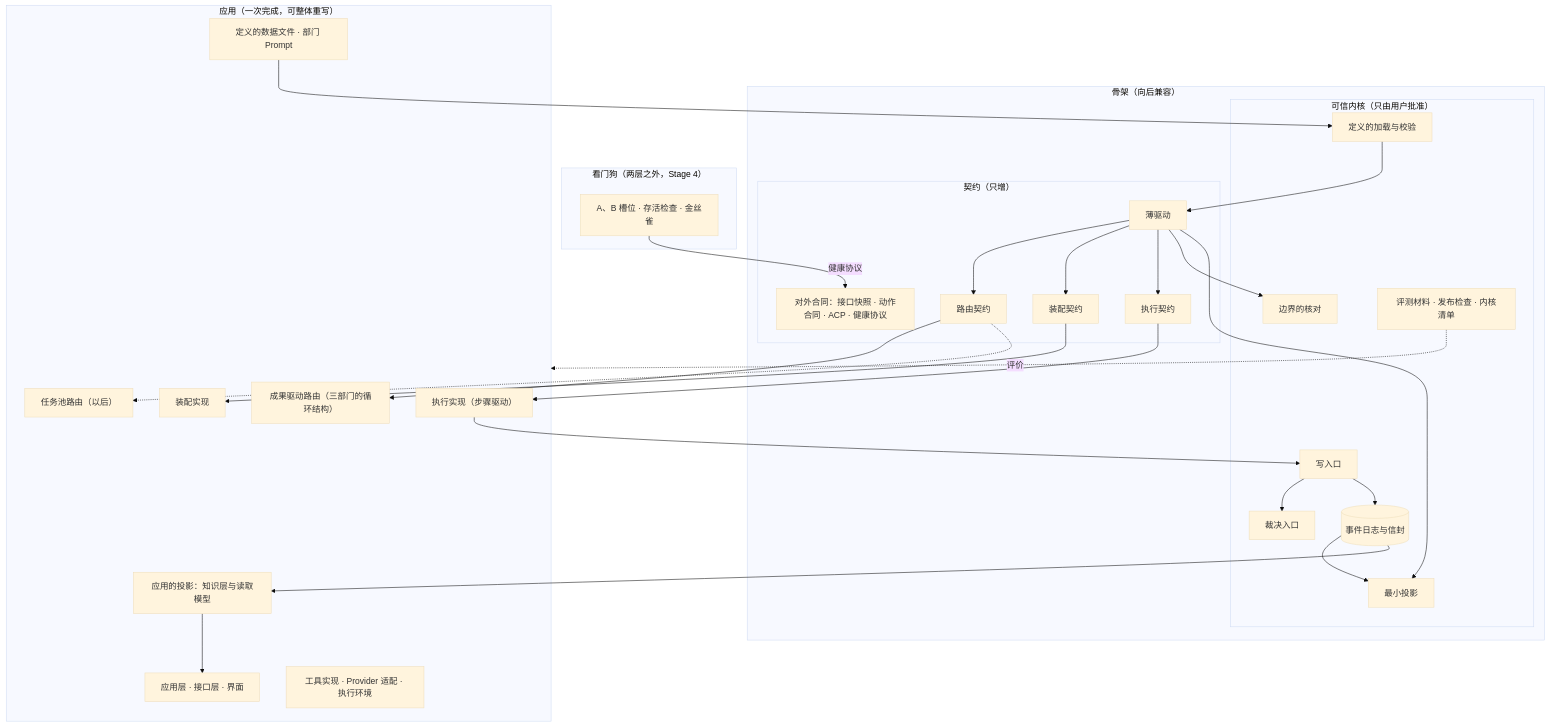
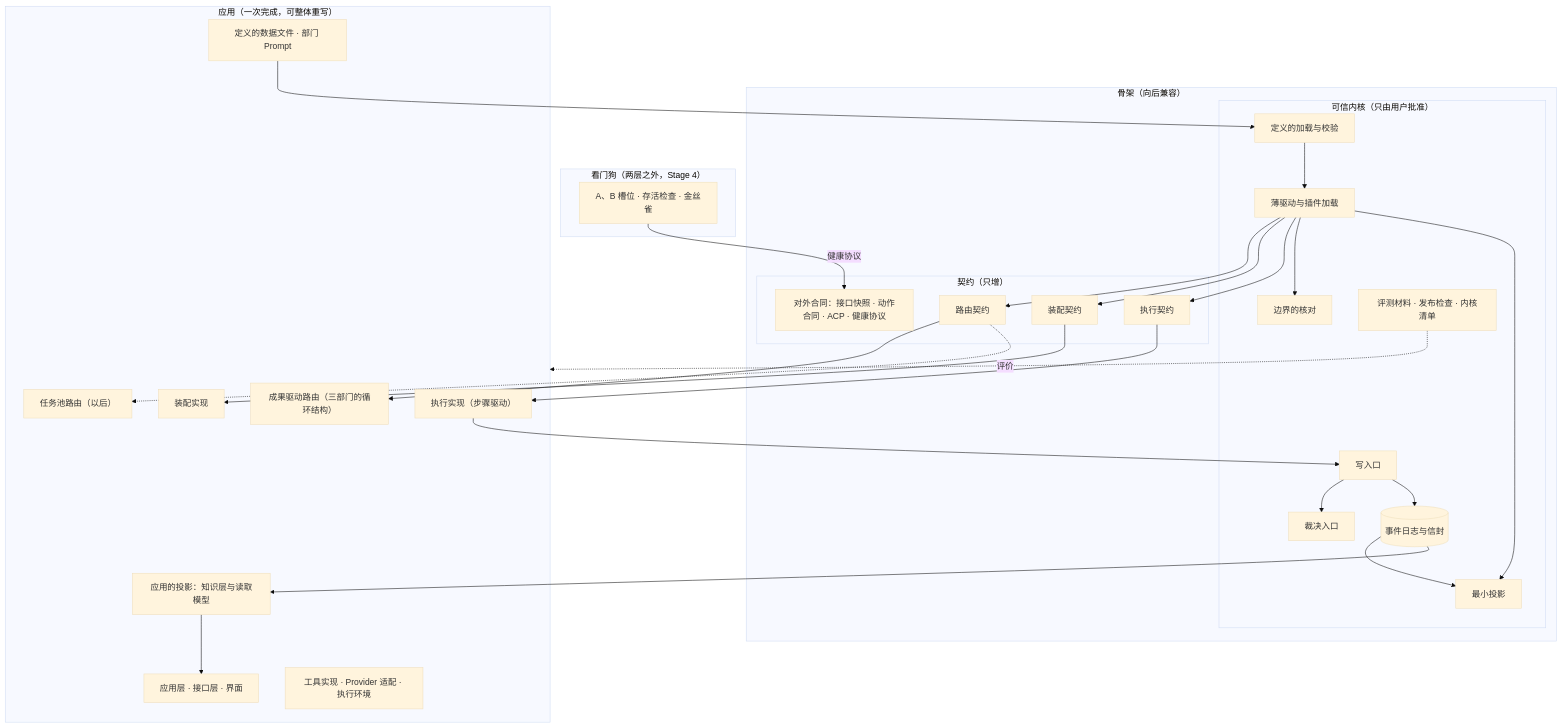
Before and after one commit to bender2333/yudao: the second of 2 diagrams in docs/design/skeleton-and-application.md, drawn with Mermaid (base theme). The commit also changed other lines of this file and 23 other files, not shown here.

Commit message:
设计说明与 ADR 状态行按总图对齐：部署、薄驱动归内核、路由输入、状态词、观察者、派发编号、判定点等十三处

````diff
--- a/docs/design/skeleton-and-application.md
+++ b/docs/design/skeleton-and-application.md
@@ -291,48 +292,48 @@
 ```mermaid
 flowchart TB
   subgraph WD["看门狗（两层之外，Stage 4）"]
     Slots["A、B 槽位 · 存活检查 · 金丝雀"]
   end
   subgraph SK["骨架（向后兼容）"]
     subgraph Kernel["可信内核（只由用户批准）"]
       Log[("事件日志与信封")]
       WP["写入口"]
       U["裁决入口"]
       Bnd["边界的核对"]
       MP["最小投影"]
       Def["定义的加载与校验"]
       Eval["评测材料 · 发布检查 · 内核清单"]
+      Drv["薄驱动与插件加载"]
     end
     subgraph Contract["契约（只增）"]
-      Drv["薄驱动"]
       RC["路由契约"]
       AC["装配契约"]
       XC["执行契约"]
       Ext["对外合同：接口快照 · 动作合同 · ACP · 健康协议"]
     end
   end
   subgraph APP["应用（一次完成，可整体重写）"]
     Route["成果驱动路由（三部门的循环结构）"]
     Pool["任务池路由（以后）"]
     Asm["装配实现"]
     Exec["执行实现（步骤驱动）"]
     Know["应用的投影：知识层与读取模型"]
     UI["应用层 · 接口层 · 界面"]
     Tools["工具实现 · Provider 适配 · 执行环境"]
     Data["定义的数据文件 · 部门 Prompt"]
   end
   Slots -->|健康协议| Ext
   Drv --> RC --> Route
   RC -.-> Pool
   Drv --> AC --> Asm
   Drv --> XC --> Exec
   Drv --> Bnd
   Drv --> MP
   Exec --> WP --> U
   WP --> Log
   Log --> MP
   Log --> Know --> UI
   Def --> Drv
   Data --> Def
   Eval -.->|评价| APP
 ```
````
